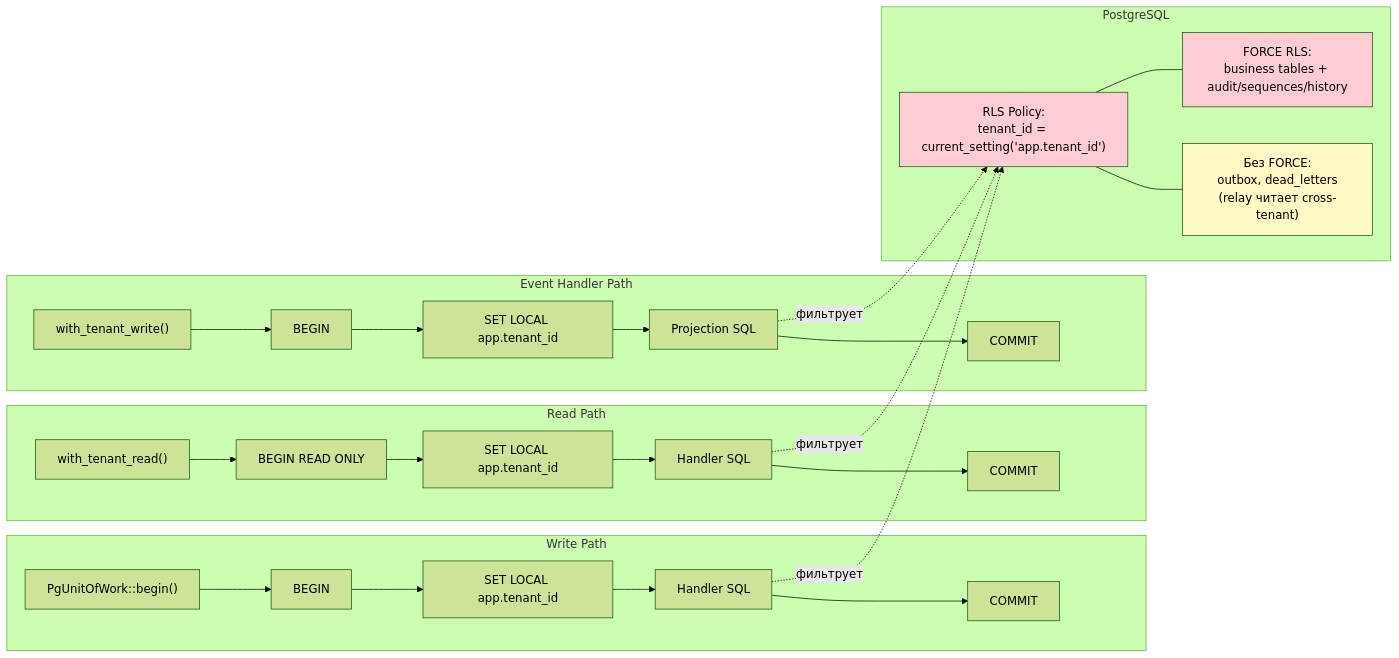
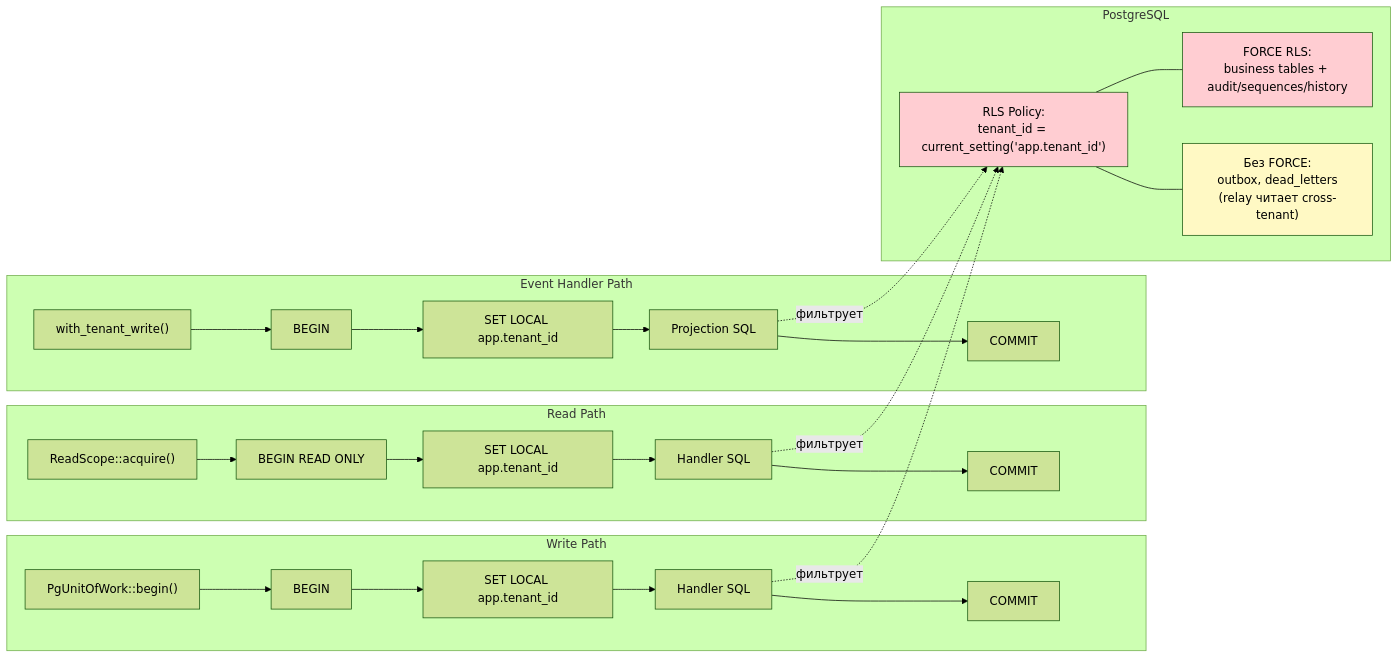
One commit to sashok74/erp changed the seventh of 11 diagrams in docs/architecture.md. Above: the diagram before and after it, drawn with Mermaid (forest theme). The commit also changed other lines of this file and 13 other files, not shown here.

First line of the commit message:
Review follow-up: update architecture.md, sync tests, security docs

````diff
--- a/docs/architecture.md
+++ b/docs/architecture.md
@@ -301,45 +301,45 @@
 ```mermaid
 graph LR
     subgraph "Write Path"
         W1["PgUnitOfWork::begin()"]
         W2["BEGIN"]
         W3["SET LOCAL app.tenant_id"]
         W4["Handler SQL"]
         W5["COMMIT"]
         W1 --> W2 --> W3 --> W4 --> W5
     end
 
     subgraph "Read Path"
-        R1["with_tenant_read()"]
+        R1["ReadScope::acquire()"]
         R2["BEGIN READ ONLY"]
         R3["SET LOCAL app.tenant_id"]
         R4["Handler SQL"]
         R5["COMMIT"]
         R1 --> R2 --> R3 --> R4 --> R5
     end
 
     subgraph "Event Handler Path"
         E1["with_tenant_write()"]
         E2["BEGIN"]
         E3["SET LOCAL app.tenant_id"]
         E4["Projection SQL"]
         E5["COMMIT"]
         E1 --> E2 --> E3 --> E4 --> E5
     end
 
     subgraph "PostgreSQL"
         RLS["RLS Policy:<br/>tenant_id = current_setting('app.tenant_id')"]
         FORCE["FORCE RLS:<br/>business tables + audit/sequences/history"]
         NOFORCE["Без FORCE:<br/>outbox, dead_letters<br/>(relay читает cross-tenant)"]
     end
 
     W4 -.->|"фильтрует"| RLS
     R4 -.->|"фильтрует"| RLS
     E4 -.->|"фильтрует"| RLS
     RLS --- FORCE
     RLS --- NOFORCE
 
     style RLS fill:#ffcdd2
     style FORCE fill:#ffcdd2
     style NOFORCE fill:#fff9c4
 ```
````
